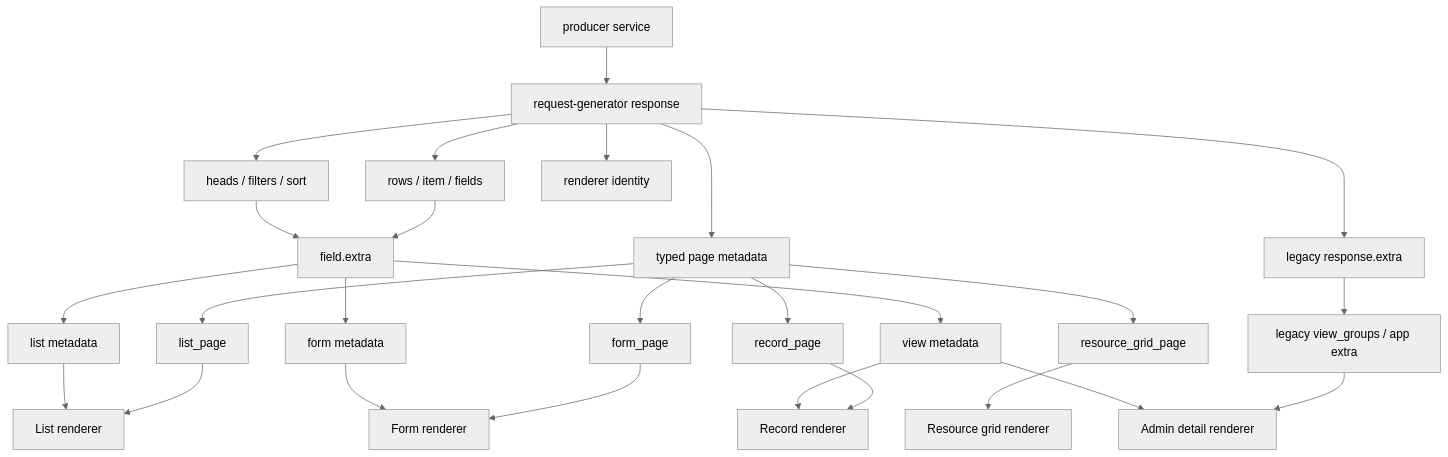
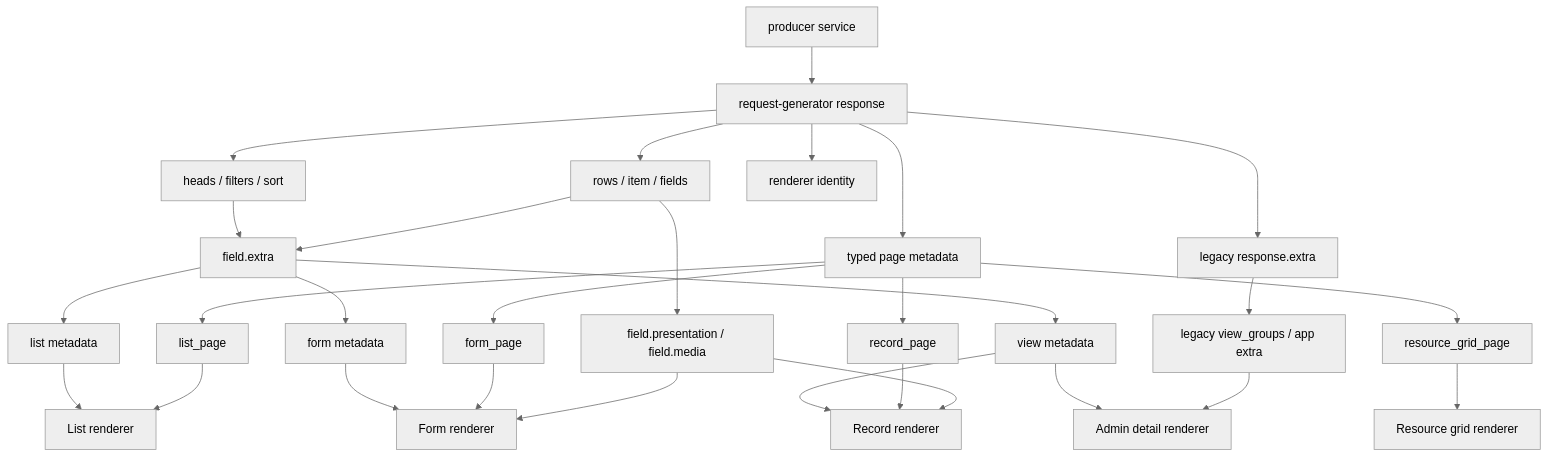
Before and after one commit to darkrain/request-generator: the diagram in docs/universal-renderer-contract.md, drawn with Mermaid (neutral theme). The commit also changed other lines of this file and 7 other files, not shown here.

Commit message:
Add typed field media presentation contract

````diff
--- a/docs/universal-renderer-contract.md
+++ b/docs/universal-renderer-contract.md
@@ -21,32 +21,35 @@
 ```mermaid
 flowchart TD
     A["producer service"] --> B["request-generator response"]
     B --> C["rows / item / fields"]
     B --> D["heads / filters / sort"]
     B --> E["renderer identity"]
     B --> T["typed page metadata"]
     B --> X["legacy response.extra"]
 
     C --> F["field.extra"]
+    C --> Y["field.presentation / field.media"]
     D --> F
 
     T --> G["list_page"]
     T --> H["resource_grid_page"]
     T --> I["form_page"]
     T --> J["record_page"]
     X --> K["legacy view_groups / app extra"]
 
     F --> L["form metadata"]
     F --> M["list metadata"]
     F --> N["view metadata"]
+    Y --> Q
+    Y --> R
 
     G --> O["List renderer"]
     H --> P["Resource grid renderer"]
     I --> Q["Form renderer"]
     J --> R["Record renderer"]
     K --> S["Admin detail renderer"]
     L --> Q
     M --> O
     N --> R
     N --> S
 ```
````
